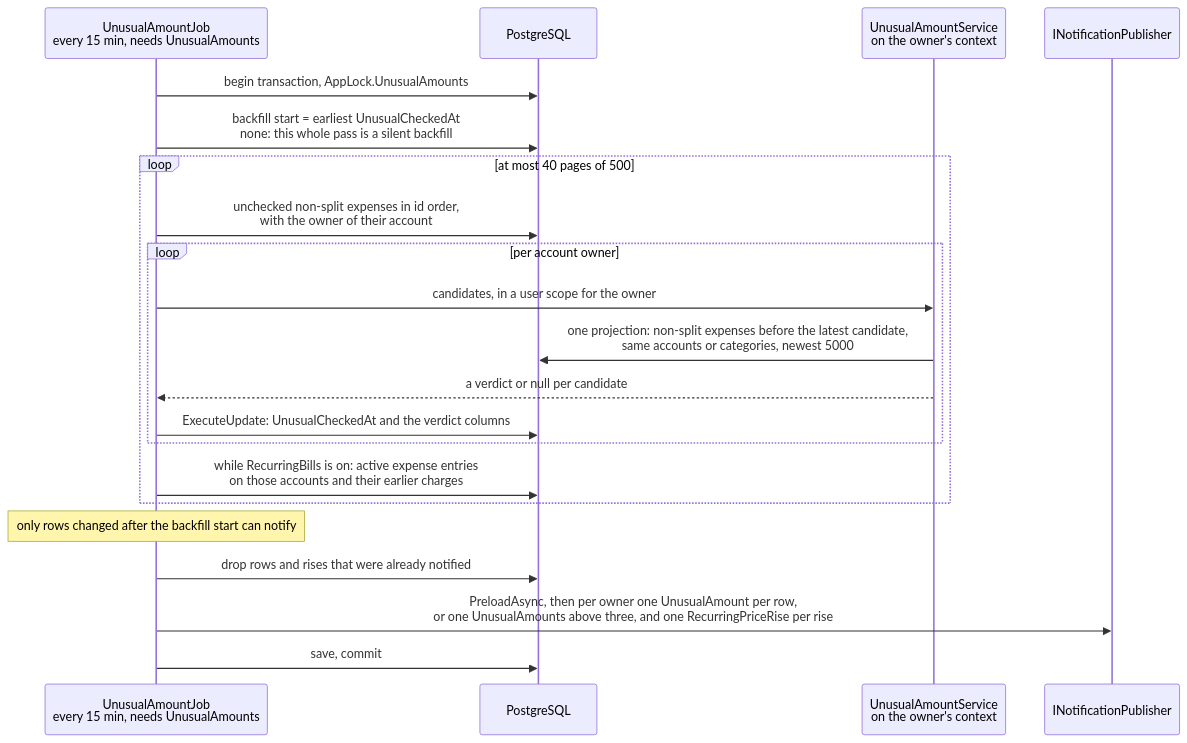
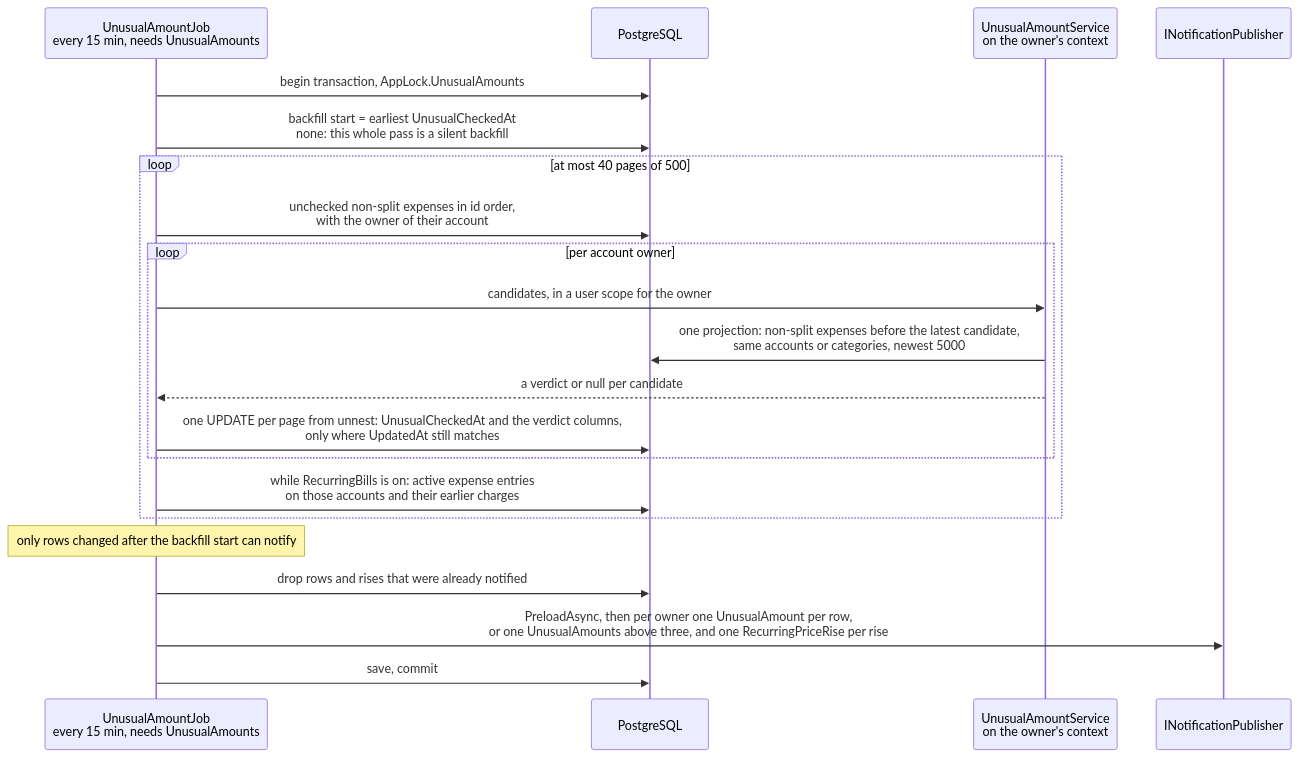
The diagram in docs/features/unusual-amounts.md (Justxs/Jx-Finance), drawn with Mermaid before and after one commit. The commit also changed other lines of this file and 52 other files, not shown here.

````diff
--- a/docs/features/unusual-amounts.md
+++ b/docs/features/unusual-amounts.md
@@ -11,23 +11,23 @@
 ```mermaid
 sequenceDiagram
     participant Job as UnusualAmountJob<br/>every 15 min, needs UnusualAmounts
     participant Db as PostgreSQL
     participant Eval as UnusualAmountService<br/>on the owner's context
     participant Pub as INotificationPublisher
     Job->>Db: begin transaction, AppLock.UnusualAmounts
     Job->>Db: backfill start = earliest UnusualCheckedAt<br/>none: this whole pass is a silent backfill
     loop at most 40 pages of 500
         Job->>Db: unchecked non-split expenses in id order,<br/>with the owner of their account
         loop per account owner
             Job->>Eval: candidates, in a user scope for the owner
             Eval->>Db: one projection: non-split expenses before the latest candidate,<br/>same accounts or categories, newest 5000
             Eval-->>Job: a verdict or null per candidate
-            Job->>Db: ExecuteUpdate: UnusualCheckedAt and the verdict columns
+            Job->>Db: one UPDATE per page from unnest: UnusualCheckedAt and the verdict columns,<br/>only where UpdatedAt still matches
         end
         Job->>Db: while RecurringBills is on: active expense entries<br/>on those accounts and their earlier charges
     end
     Note over Job: only rows changed after the backfill start can notify
     Job->>Db: drop rows and rises that were already notified
     Job->>Pub: PreloadAsync, then per owner one UnusualAmount per row,<br/>or one UnusualAmounts above three, and one RecurringPriceRise per rise
     Job->>Db: save, commit
 ```
````
